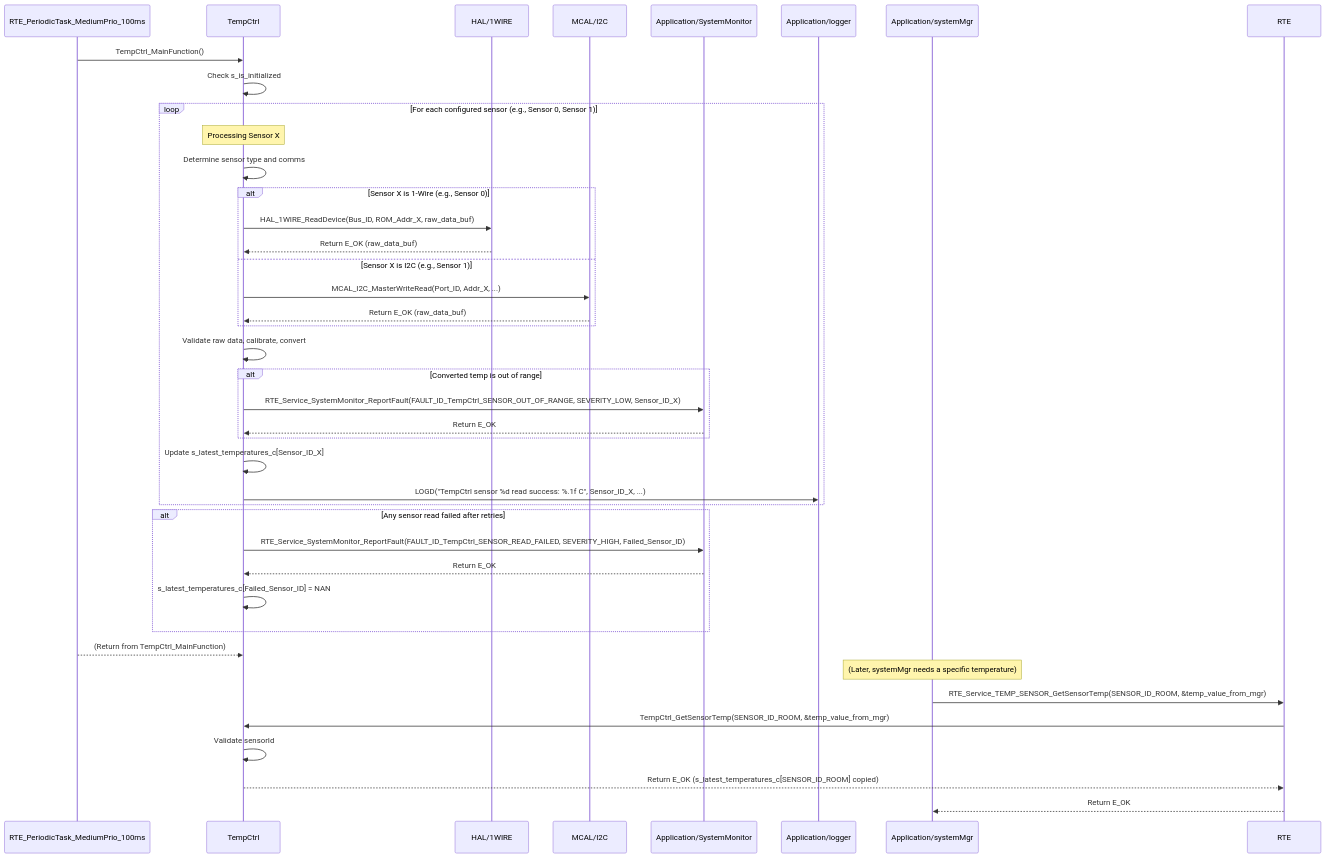
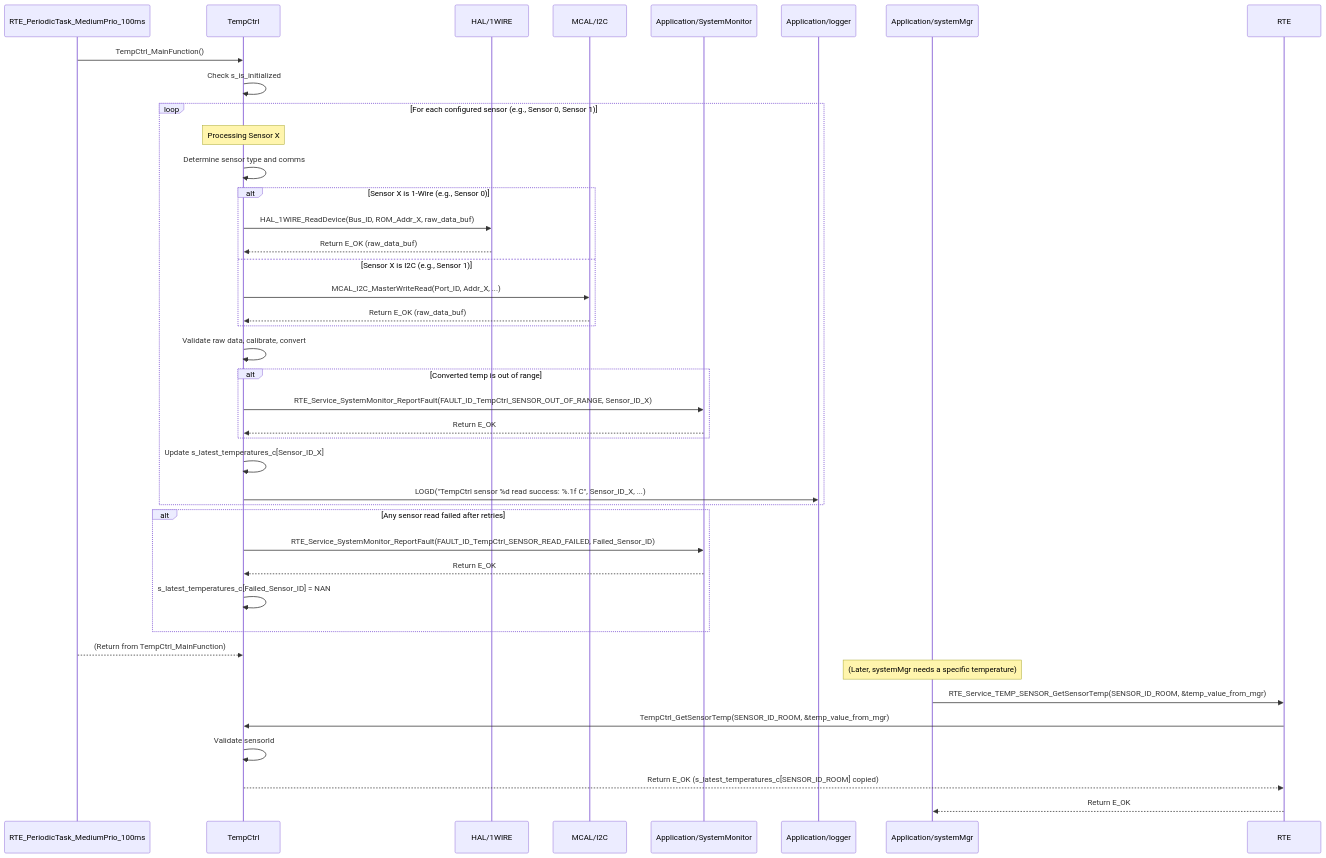
Before and after one commit to ashaker-2/Platform: the diagram in Requiremets/Design/Application/TemperatureControl.md, drawn with Mermaid. The commit also changed other lines of this file and 79 other files, not shown here.

````diff
--- a/Requiremets/Design/Application/TemperatureControl.md
+++ b/Requiremets/Design/Application/TemperatureControl.md
@@ -167,44 +172,44 @@
 ```mermaid
 sequenceDiagram  
     participant RTE_Task as RTE_PeriodicTask_MediumPrio_100ms  
     participant TempCtrl as TempCtrl  
     participant HAL_1WIRE as HAL/1WIRE  
     participant MCAL_I2C as MCAL/I2C  
     participant SystemMonitor as Application/SystemMonitor  
     participant Logger as Application/logger  
     participant SystemMgr as Application/systemMgr
 
     RTE_Task->>TempCtrl: TempCtrl_MainFunction()  
     TempCtrl->>TempCtrl: Check s_is_initialized  
     loop For each configured sensor (e.g., Sensor 0, Sensor 1)  
         Note over TempCtrl: Processing Sensor X  
         TempCtrl->>TempCtrl: Determine sensor type and comms  
         alt Sensor X is 1-Wire (e.g., Sensor 0)  
             TempCtrl->>HAL_1WIRE: HAL_1WIRE_ReadDevice(Bus_ID, ROM_Addr_X, raw_data_buf)  
             HAL_1WIRE-->>TempCtrl: Return E_OK (raw_data_buf)  
         else Sensor X is I2C (e.g., Sensor 1)  
             TempCtrl->>MCAL_I2C: MCAL_I2C_MasterWriteRead(Port_ID, Addr_X, ...)  
             MCAL_I2C-->>TempCtrl: Return E_OK (raw_data_buf)  
         end  
         TempCtrl->>TempCtrl: Validate raw data, calibrate, convert  
         alt Converted temp is out of range  
-            TempCtrl->>SystemMonitor: RTE_Service_SystemMonitor_ReportFault(FAULT_ID_TempCtrl_SENSOR_OUT_OF_RANGE, SEVERITY_LOW, Sensor_ID_X)  
+            TempCtrl->>SystemMonitor: RTE_Service_SystemMonitor_ReportFault(FAULT_ID_TempCtrl_SENSOR_OUT_OF_RANGE,  Sensor_ID_X)  
             SystemMonitor-->>TempCtrl: Return E_OK  
         end  
         TempCtrl->>TempCtrl: Update s_latest_temperatures_c[Sensor_ID_X]  
         TempCtrl->>Logger: LOGD("TempCtrl sensor %d read success: %.1f C", Sensor_ID_X, ...)  
     end  
     alt Any sensor read failed after retries  
-        TempCtrl->>SystemMonitor: RTE_Service_SystemMonitor_ReportFault(FAULT_ID_TempCtrl_SENSOR_READ_FAILED, SEVERITY_HIGH, Failed_Sensor_ID)  
+        TempCtrl->>SystemMonitor: RTE_Service_SystemMonitor_ReportFault(FAULT_ID_TempCtrl_SENSOR_READ_FAILED,  Failed_Sensor_ID)  
         SystemMonitor-->>TempCtrl: Return E_OK  
         TempCtrl->>TempCtrl: s_latest_temperatures_c[Failed_Sensor_ID] = NAN  
     end  
     RTE_Task-->>TempCtrl: (Return from TempCtrl_MainFunction)
 
     Note over SystemMgr: (Later, systemMgr needs a specific temperature)  
     SystemMgr->>RTE: RTE_Service_TEMP_SENSOR_GetSensorTemp(SENSOR_ID_ROOM, &temp_value_from_mgr)  
     RTE->>TempCtrl: TempCtrl_GetSensorTemp(SENSOR_ID_ROOM, &temp_value_from_mgr)  
     TempCtrl->>TempCtrl: Validate sensorId  
     TempCtrl-->>RTE: Return E_OK (s_latest_temperatures_c[SENSOR_ID_ROOM] copied)  
     RTE-->>SystemMgr: Return E_OK
 ```
````
